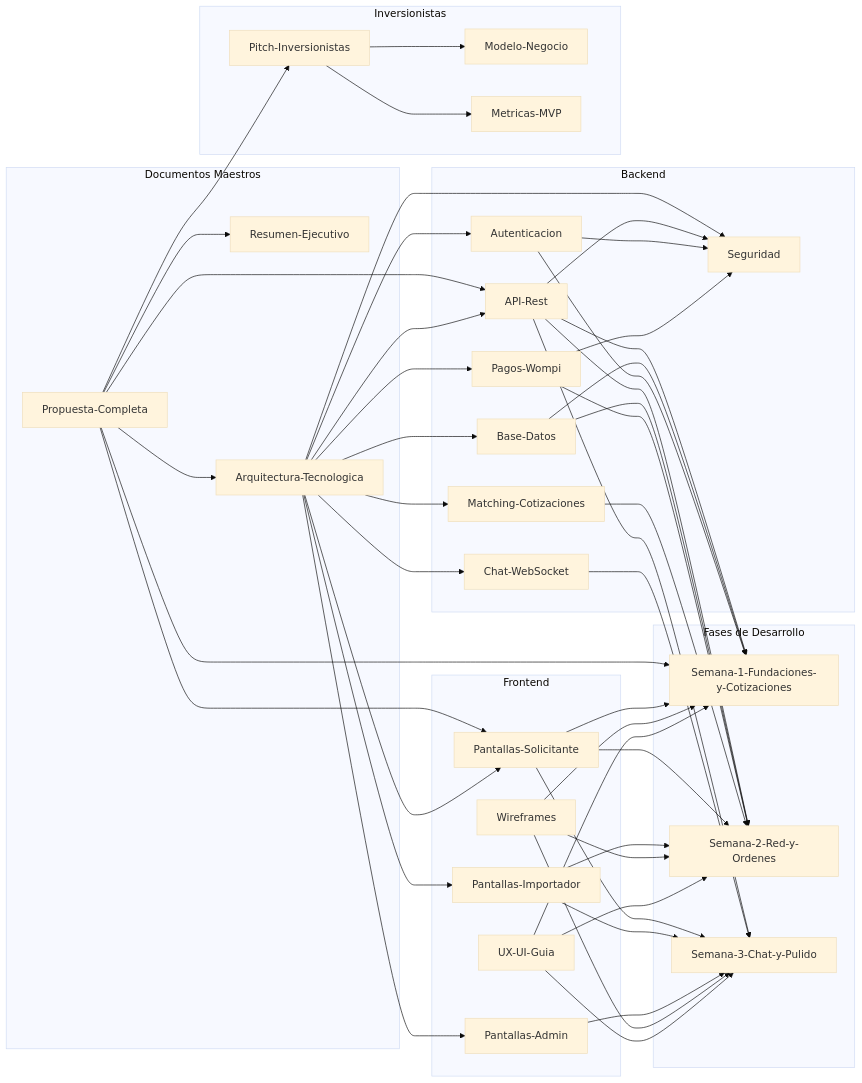
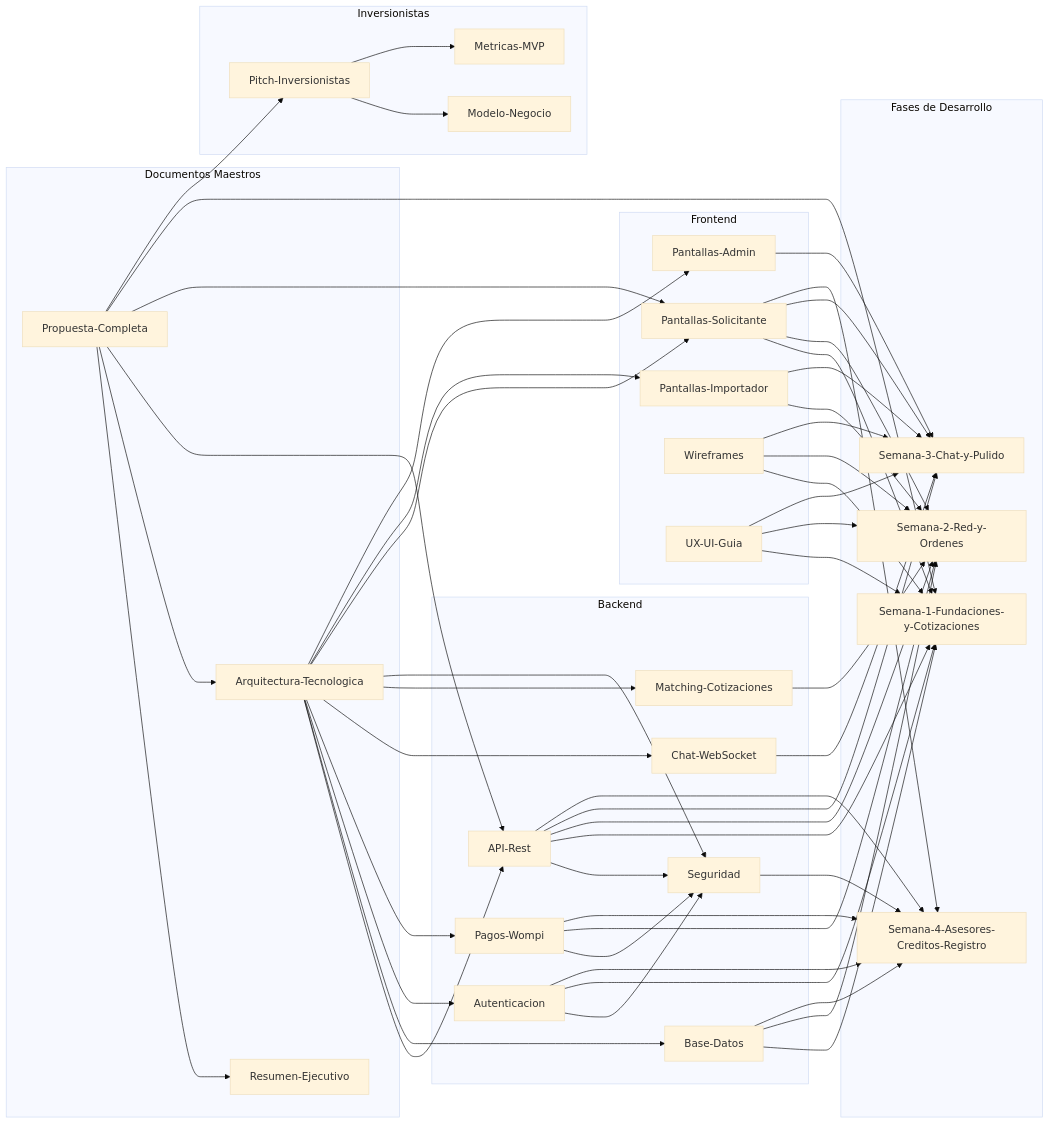
One commit to JuanEstebanAstaiza/ImportacionesQ8 changed the first of 9 diagrams in ImportacionesQ8V/00-Index-y-Navegacion/Mapa-Conexiones-Obsidian.md. Above: the diagram before and after it, drawn with Mermaid (base theme). The commit also changed other lines of this file and 61 other files, not shown here.

````diff
--- a/ImportacionesQ8V/00-Index-y-Navegacion/Mapa-Conexiones-Obsidian.md
+++ b/ImportacionesQ8V/00-Index-y-Navegacion/Mapa-Conexiones-Obsidian.md
@@ -32,6 +32,7 @@
         O[Semana-1-Fundaciones-y-Cotizaciones]
         P[Semana-2-Red-y-Ordenes]
         Q[Semana-3-Chat-y-Pulido]
+        V[Semana-4-Asesores-Creditos-Registro]
     end
 
     subgraph Inversionistas["Inversionistas"]
@@ -64,13 +65,17 @@
     D --> O
     D --> P
     D --> Q
+    D --> V
 
     E --> O
     E --> P
+    E --> V
 
     F --> O
+    F --> V
 
     G --> P
+    G --> V
 
     H --> Q
 
@@ -79,6 +84,7 @@
     J --> O
     J --> P
     J --> Q
+    J --> V
 
     K --> P
     K --> Q
@@ -93,6 +99,8 @@
     N --> P
     N --> Q
 
+    U --> V
+
     R --> S
     R --> T
 ```
````
